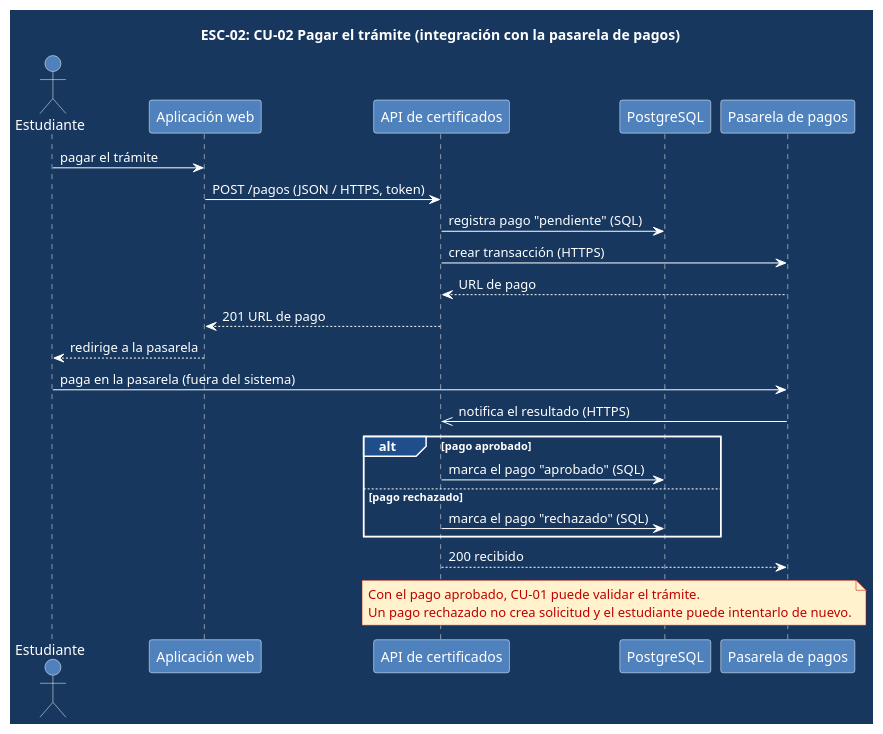
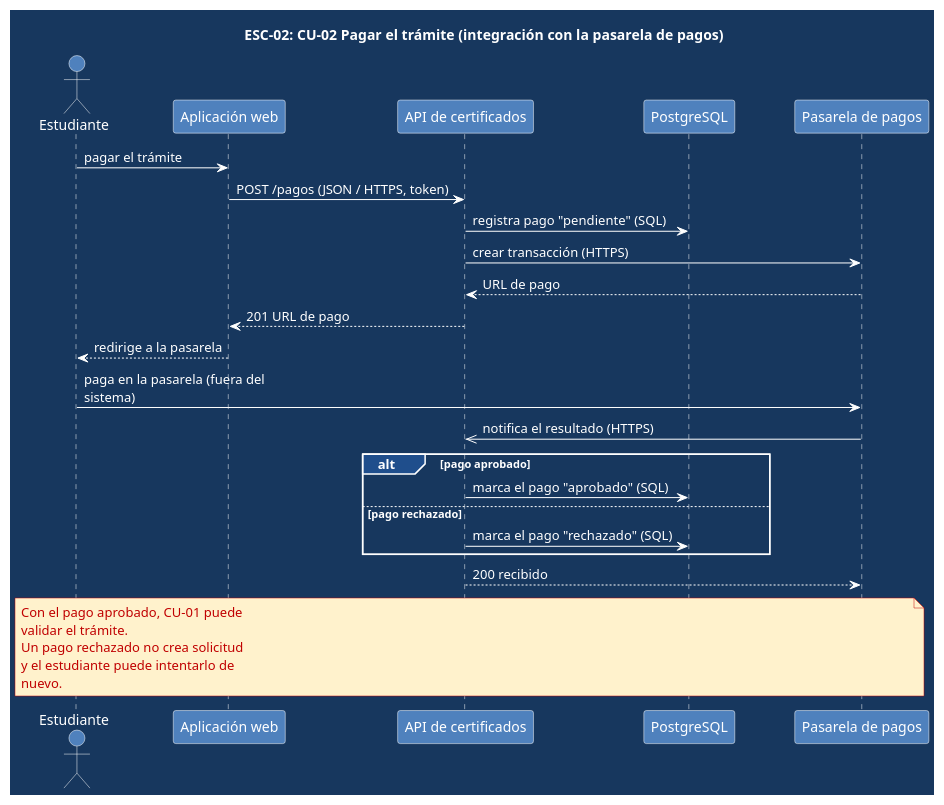
Before and after one commit to johnny9052/certificados: the diagram in docs/diagramas/secuencias/cu02-pagar-tramite.puml, drawn with PlantUML. The commit also changed 38 other files, not shown here.

```diff
--- a/docs/diagramas/secuencias/cu02-pagar-tramite.puml
+++ b/docs/diagramas/secuencias/cu02-pagar-tramite.puml
@@ -1,55 +1,63 @@
 @startuml cu02
 title ESC-02: CU-02 Pagar el trámite (integración con la pasarela de pagos)
 skinparam backgroundColor #17375E
 skinparam defaultFontName Arial
 skinparam defaultFontColor white
 skinparam titleFontColor white
 skinparam shadowing false
+skinparam ParticipantPadding 25
+skinparam BoxPadding 10
+skinparam wrapWidth 230
+skinparam maxMessageSize 230
+skinparam responseMessageBelowArrow true
+skinparam sequenceMessageAlign left
+skinparam NoteTextAlignment left
+skinparam SequenceGroupBodyBackgroundColor transparent
 skinparam ArrowColor white
 skinparam ArrowFontColor white
 skinparam sequence {
   LifeLineBorderColor white
   LifeLineBackgroundColor #4F81BD
   ParticipantBackgroundColor #4F81BD
   ParticipantBorderColor white
   ParticipantFontColor white
   ActorBackgroundColor #4F81BD
   ActorBorderColor white
   ActorFontColor white
   GroupBackgroundColor #1F4E8C
   GroupBorderColor white
   GroupFontColor white
   BoxBackgroundColor #1F4E8C
 }
 skinparam note {
   BackgroundColor #FFF2CC
   BorderColor #C00000
   FontColor #C00000
 }
 
 actor Estudiante
 participant "Aplicación web" as Web
 participant "API de certificados" as API
 participant "PostgreSQL" as DB
 participant "Pasarela de pagos" as Pagos
 
 Estudiante -> Web : pagar el trámite
 Web -> API : POST /pagos (JSON / HTTPS, token)
 API -> DB : registra pago "pendiente" (SQL)
 API -> Pagos : crear transacción (HTTPS)
 Pagos --> API : URL de pago
 API --> Web : 201 URL de pago
 Web --> Estudiante : redirige a la pasarela
 
 Estudiante -> Pagos : paga en la pasarela (fuera del sistema)
 Pagos ->> API : notifica el resultado (HTTPS)
 
 alt pago aprobado
   API -> DB : marca el pago "aprobado" (SQL)
 else pago rechazado
   API -> DB : marca el pago "rechazado" (SQL)
 end
 
 API --> Pagos : 200 recibido
-note over API, Pagos : Con el pago aprobado, CU-01 puede validar el trámite.\nUn pago rechazado no crea solicitud y el estudiante puede intentarlo de nuevo.
+note across : Con el pago aprobado, CU-01 puede validar el trámite.\nUn pago rechazado no crea solicitud y el estudiante puede intentarlo de nuevo.
 @enduml
```
